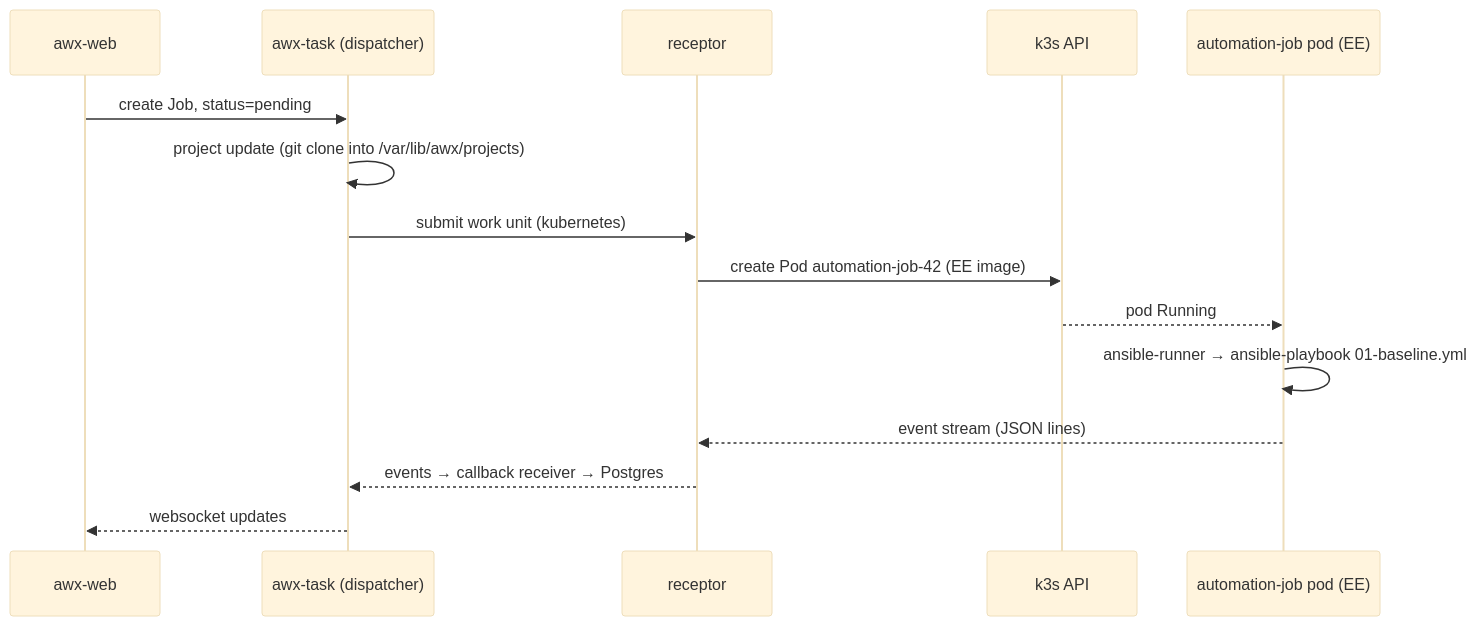
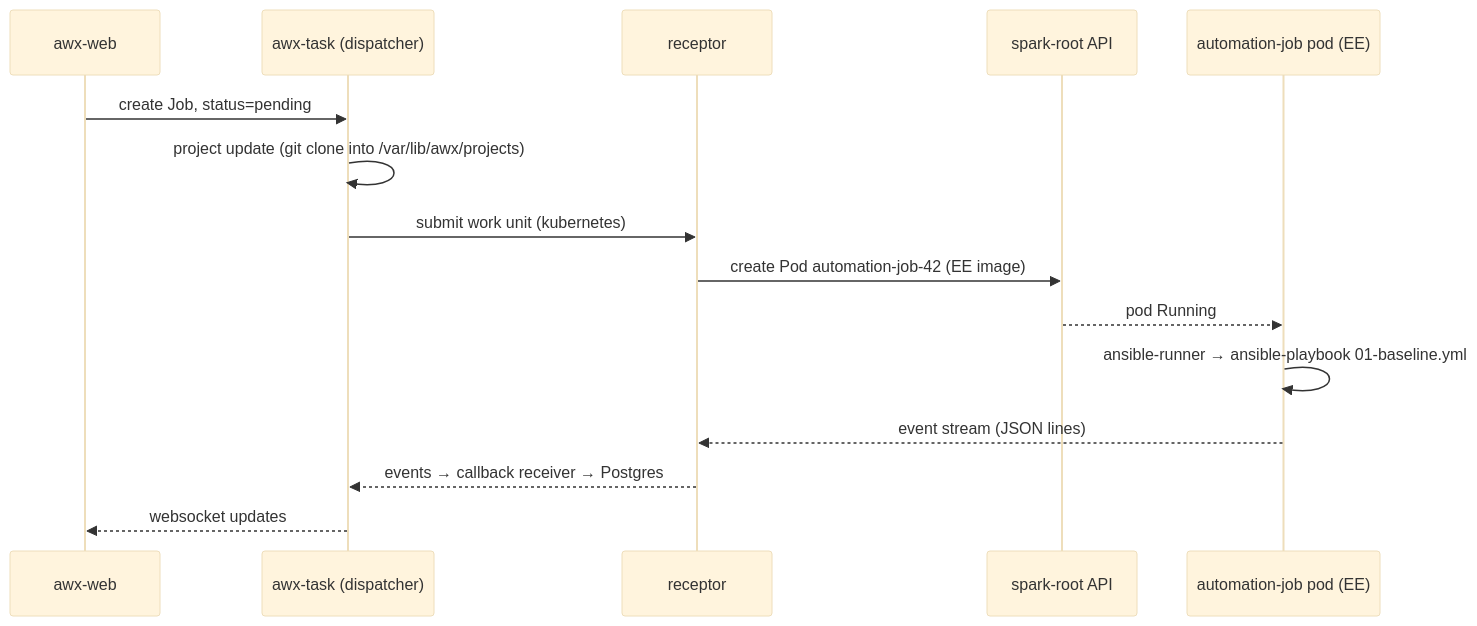
One commit to cloudone365/technical-depth changed the second of 2 diagrams in 01 Ansible/02-ansible-tower-awx-deep-dive.md. Above: the diagram before and after it, drawn with Mermaid (base theme). The commit also changed other lines of this file and 53 other files, not shown here.

````diff
--- a/01 Ansible/02-ansible-tower-awx-deep-dive.md
+++ b/01 Ansible/02-ansible-tower-awx-deep-dive.md
@@ -241,17 +242,17 @@
 ```mermaid
 sequenceDiagram
   participant UI as awx-web
   participant T as awx-task (dispatcher)
   participant R as receptor
-  participant K as k3s API
+  participant K as spark-root API
   participant J as automation-job pod (EE)
   UI->>T: create Job, status=pending
   T->>T: project update (git clone into /var/lib/awx/projects)
   T->>R: submit work unit (kubernetes)
   R->>K: create Pod automation-job-42 (EE image)
   K-->>J: pod Running
   J->>J: ansible-runner → ansible-playbook 01-baseline.yml
   J-->>R: event stream (JSON lines)
   R-->>T: events → callback receiver → Postgres
   T-->>UI: websocket updates
 ```
````
